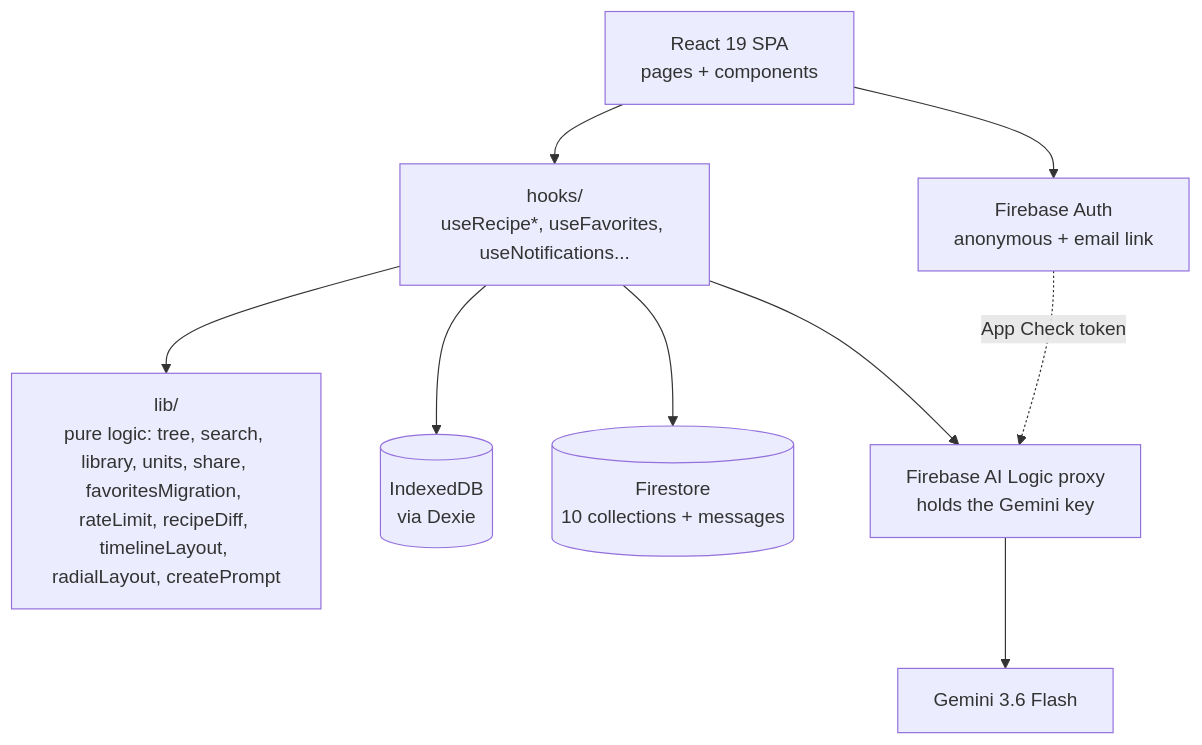
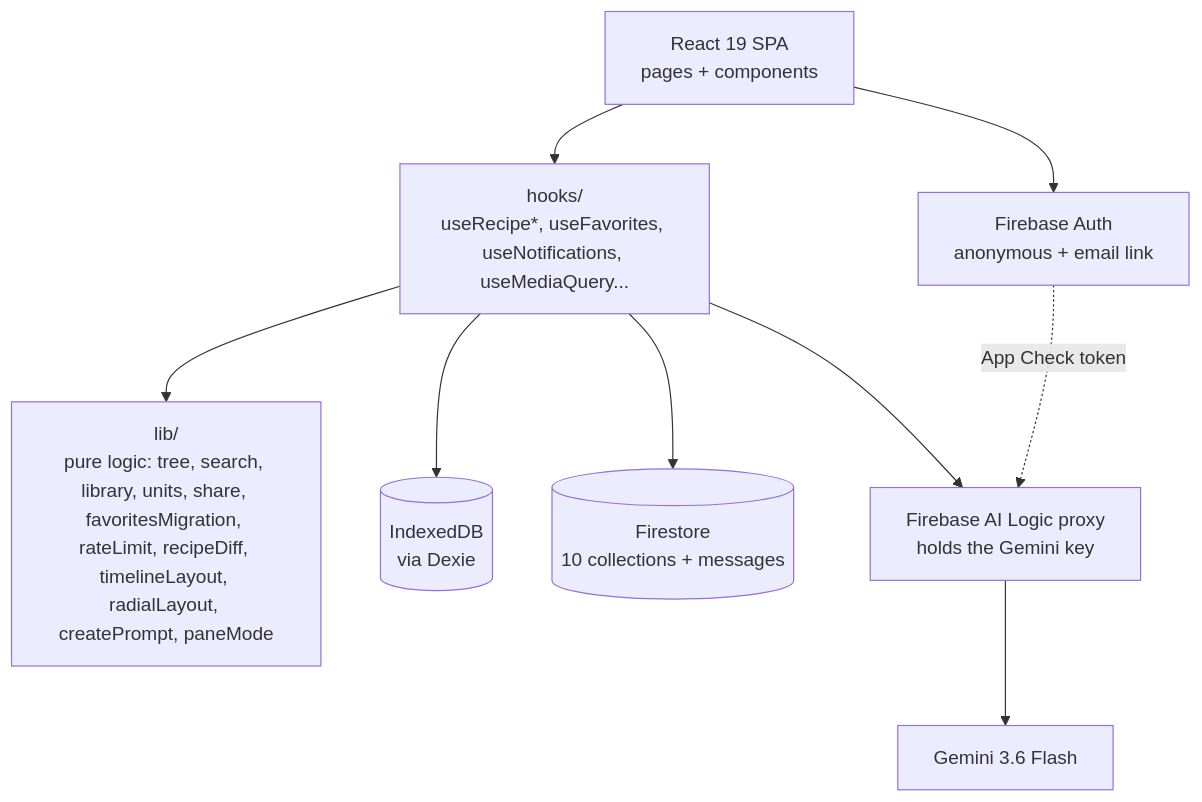
Before and after one commit to hpeppitt/recipe-app: the diagram in docs/architecture.md, drawn with Mermaid. The commit also changed other lines of this file and 23 other files, not shown here.

````diff
--- a/docs/architecture.md
+++ b/docs/architecture.md
@@ -12,20 +12,20 @@
 ```mermaid
 flowchart TD
     UI[React 19 SPA<br/>pages + components]
-    Hooks[hooks/<br/>useRecipe*, useFavorites, useNotifications...]
-    Lib[lib/<br/>pure logic: tree, search, library, units, share, favoritesMigration, rateLimit, recipeDiff, timelineLayout, radialLayout, createPrompt]
+    Hooks[hooks/<br/>useRecipe*, useFavorites, useNotifications, useMediaQuery...]
+    Lib[lib/<br/>pure logic: tree, search, library, units, share, favoritesMigration, rateLimit, recipeDiff, timelineLayout, radialLayout, createPrompt, paneMode]
     Dexie[(IndexedDB<br/>via Dexie)]
     FS[(Firestore<br/>10 collections + messages)]
     Auth[Firebase Auth<br/>anonymous + email link]
     AILogic[Firebase AI Logic proxy<br/>holds the Gemini key]
     Gemini[Gemini 3.6 Flash]
 
     UI --> Hooks
     Hooks --> Lib
     Hooks --> Dexie
     Hooks --> FS
     Hooks --> AILogic
     UI --> Auth
     AILogic --> Gemini
     Auth -. App Check token .-> AILogic
 ```
````
